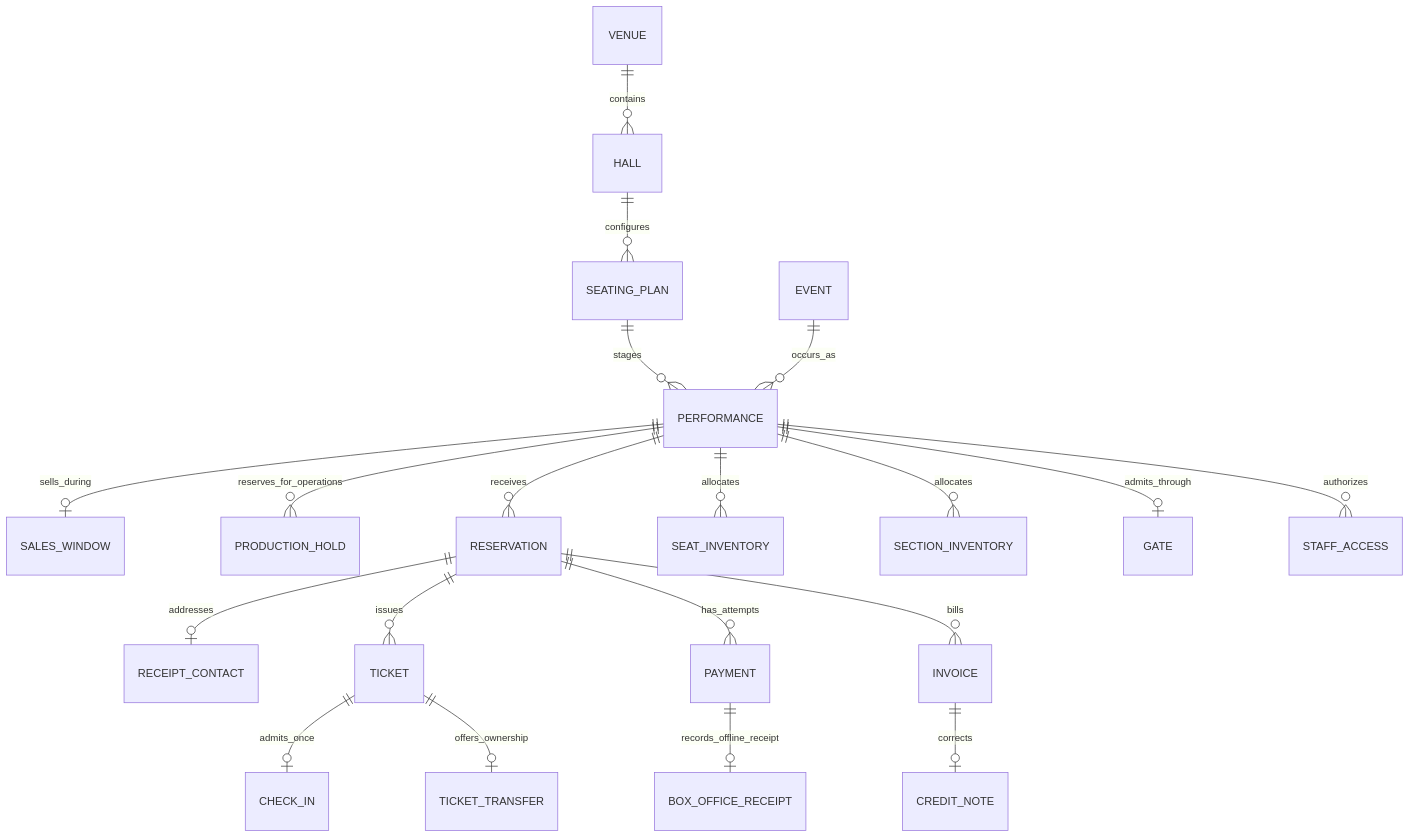
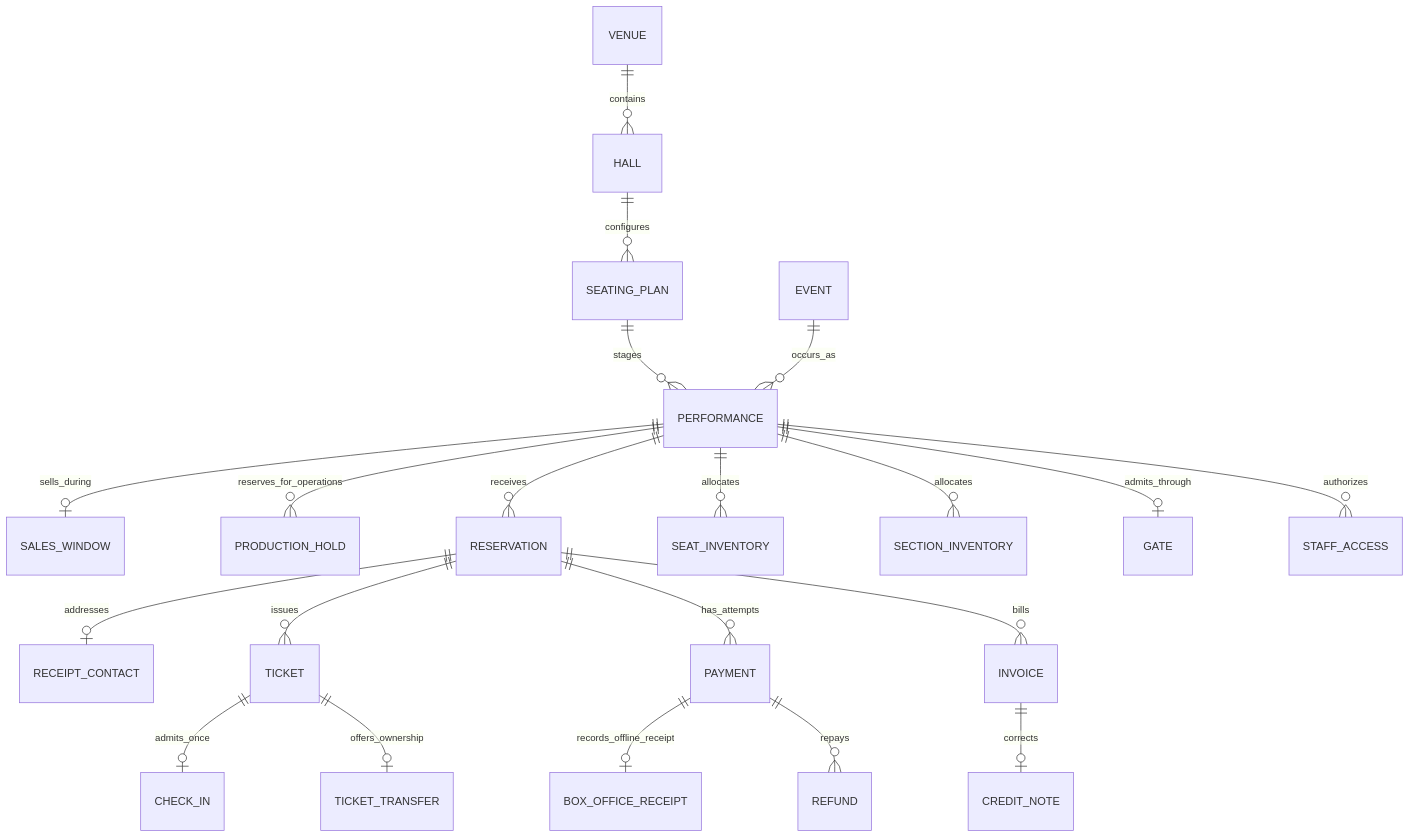
The diagram in docs/model.md (fluxzero-io/fluxzero-sample-ticketing), drawn with Mermaid before and after one commit. The commit also changed other lines of this file and 50 other files, not shown here.

````diff
--- a/docs/model.md
+++ b/docs/model.md
@@ -3,22 +3,23 @@
 ```mermaid
 erDiagram
     VENUE ||--o{ HALL : contains
     HALL ||--o{ SEATING_PLAN : configures
     SEATING_PLAN ||--o{ PERFORMANCE : stages
     EVENT ||--o{ PERFORMANCE : occurs_as
     PERFORMANCE ||--o| SALES_WINDOW : sells_during
     PERFORMANCE ||--o{ PRODUCTION_HOLD : reserves_for_operations
     PERFORMANCE ||--o{ RESERVATION : receives
     PERFORMANCE ||--o{ SEAT_INVENTORY : allocates
     PERFORMANCE ||--o{ SECTION_INVENTORY : allocates
     PERFORMANCE ||--o| GATE : admits_through
     PERFORMANCE ||--o{ STAFF_ACCESS : authorizes
     RESERVATION ||--o| RECEIPT_CONTACT : addresses
     RESERVATION ||--o{ TICKET : issues
     TICKET ||--o| CHECK_IN : admits_once
     TICKET ||--o| TICKET_TRANSFER : offers_ownership
     PAYMENT ||--o| BOX_OFFICE_RECEIPT : records_offline_receipt
+    PAYMENT ||--o{ REFUND : repays
     RESERVATION ||--o{ PAYMENT : has_attempts
     RESERVATION ||--o{ INVOICE : bills
     INVOICE ||--o| CREDIT_NOTE : corrects
 ```
````
